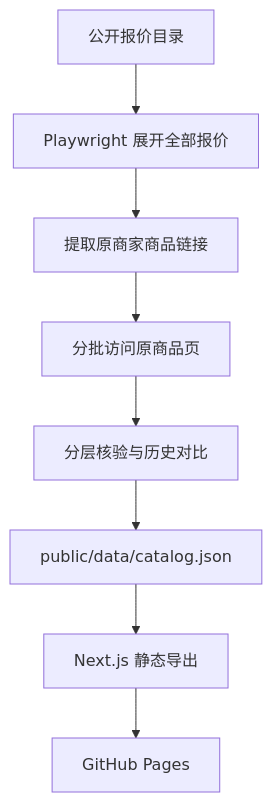
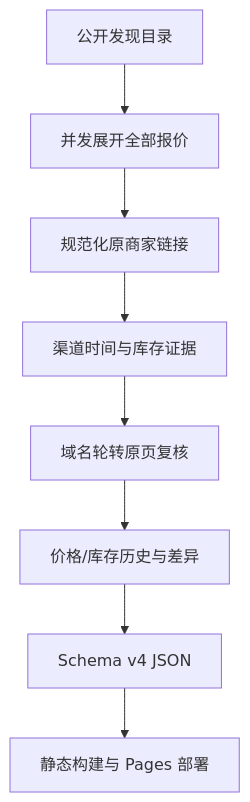
Before and after one commit to yusheng266186-beep/liandong-ai-radar: the diagram in README.md, drawn with Mermaid. The commit also changed other lines of this file, not shown here.

Commit message:
docs: document the v4 real-time architecture

````diff
--- a/README.md
+++ b/README.md
@@ -82,10 +126,10 @@
 ```mermaid
 flowchart TD
-    A[公开报价目录] --> B[Playwright 展开全部报价]
-    B --> C[提取原商家商品链接]
-    C --> D[分批访问原商品页]
-    D --> E[分层核验与历史对比]
-    E --> F[public/data/catalog.json]
-    F --> G[Next.js 静态导出]
-    G --> H[GitHub Pages]
+    A[公开发现目录] --> B[并发展开全部报价]
+    B --> C[规范化原商家链接]
+    C --> D[渠道时间与库存证据]
+    D --> E[域名轮转原页复核]
+    E --> F[价格/库存历史与差异]
+    F --> G[Schema v4 JSON]
+    G --> H[静态构建与 Pages 部署]
 ```
````
